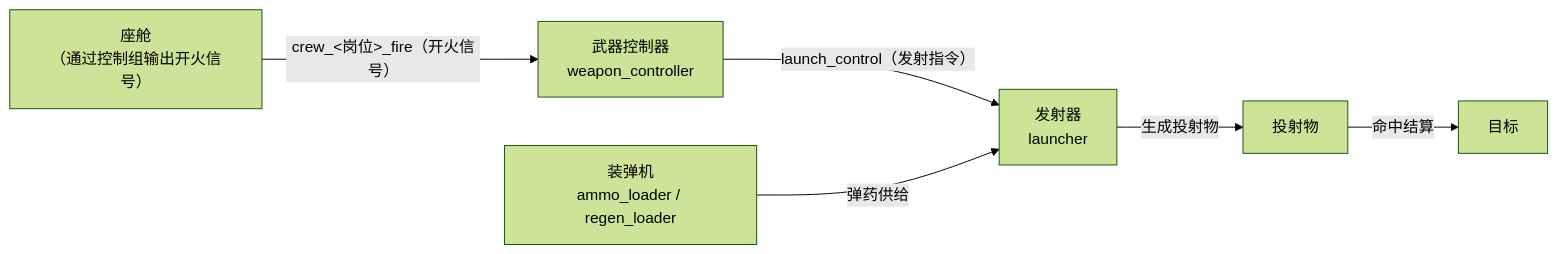
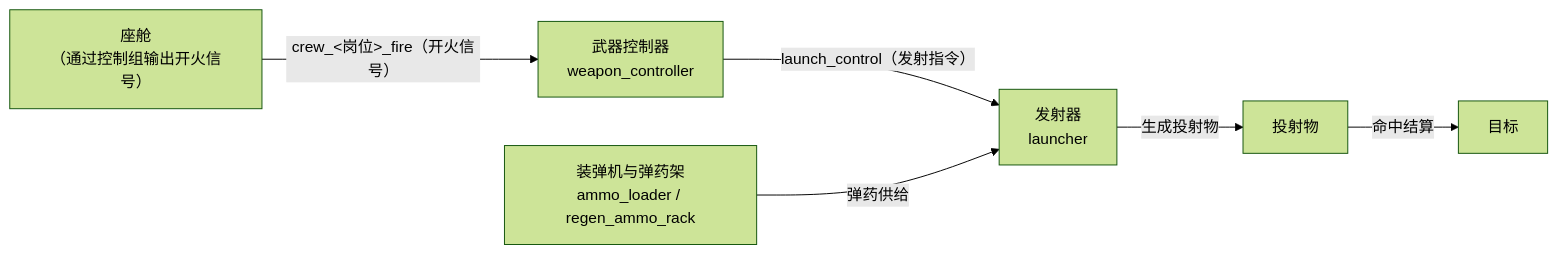
Before and after one commit to Sweetzonzi/Machine-Max: the diagram in docs/wiki/3-子系统详解/3.8-武器系统.md, drawn with Mermaid (forest theme). The commit also changed other lines of this file and 8 other files, not shown here.

````diff
--- a/docs/wiki/3-子系统详解/3.8-武器系统.md
+++ b/docs/wiki/3-子系统详解/3.8-武器系统.md
@@ -13,14 +13,14 @@
 ```mermaid
 flowchart LR
     seat["座舱<br/>（通过控制组输出开火信号）"]
     wc["武器控制器<br/>weapon_controller"]
-    al["装弹机<br/>ammo_loader / regen_loader"]
+    al["装弹机与弹药架<br/>ammo_loader / regen_ammo_rack"]
     launcher["发射器<br/>launcher"]
     projectile["投射物"]
 
     seat -->|"crew_<岗位>_fire（开火信号）"| wc
     wc -->|"launch_control（发射指令）"| launcher
     al -->|"弹药供给"| launcher
     launcher -->|"生成投射物"| projectile
     projectile -->|"命中结算"| target["目标"]
 ```
````
